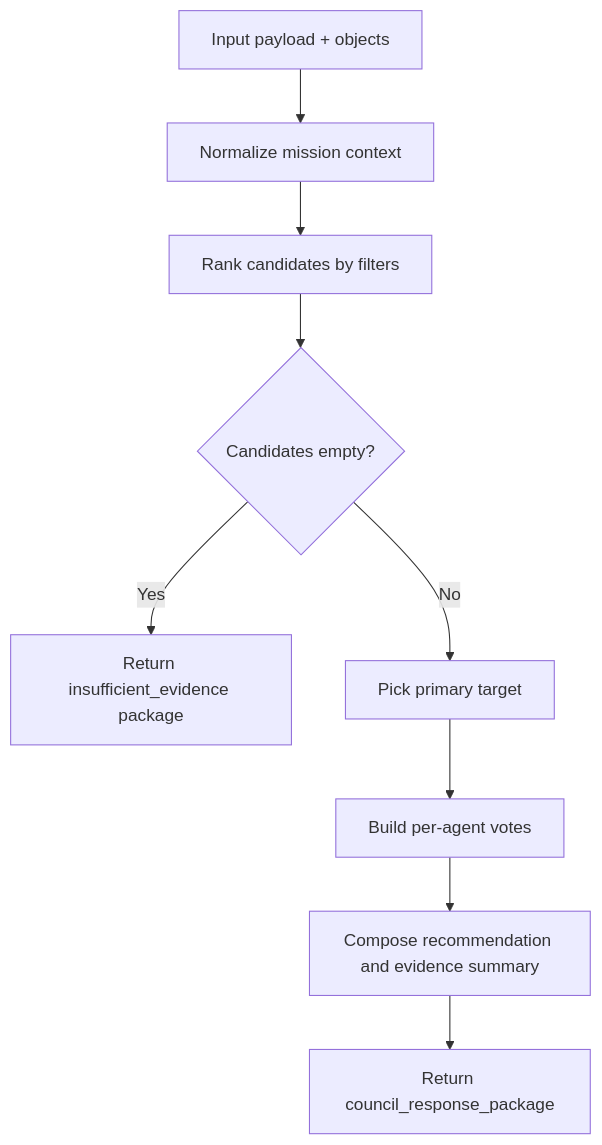
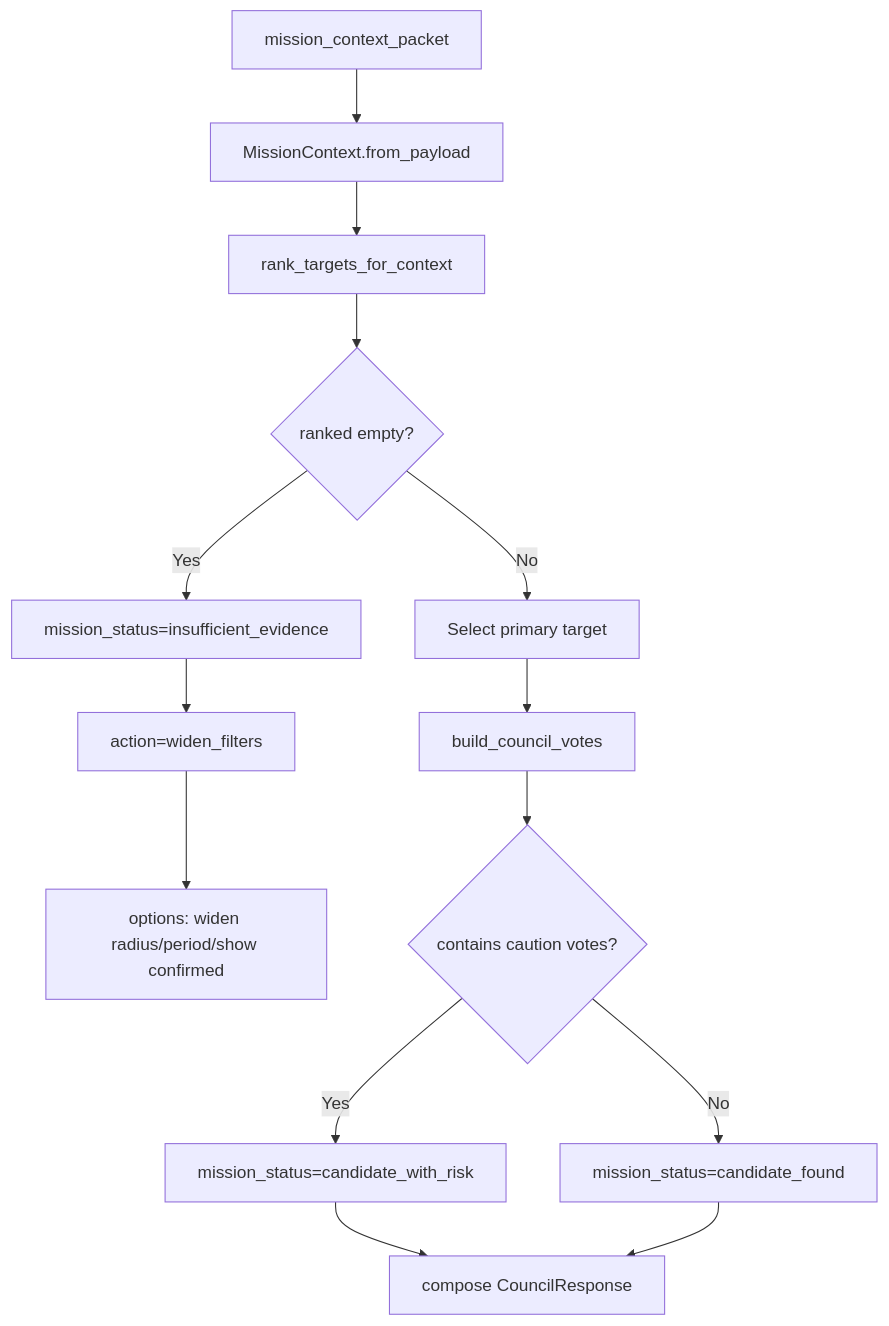
The second of 2 diagrams in triet.md/SYSTEM_PIPELINE.md (Procoderdata/hackathonvodich), drawn with Mermaid before and after one commit. The commit also changed other lines of this file and 3 other files, not shown here.

Commit message:
Rewrite pipeline and architecture specs with real contracts and flows

````diff
--- a/triet.md/SYSTEM_PIPELINE.md
+++ b/triet.md/SYSTEM_PIPELINE.md
@@ -67,11 +152,18 @@
 ```mermaid
 flowchart TD
-    A[Input payload + objects] --> B[Normalize mission context]
-    B --> C[Rank candidates by filters]
-    C --> D{Candidates empty?}
-    D -->|Yes| E[Return insufficient_evidence package]
-    D -->|No| F[Pick primary target]
-    F --> G[Build per-agent votes]
-    G --> H[Compose recommendation and evidence summary]
-    H --> I[Return council_response_package]
+    B1[mission_context_packet] --> B2[MissionContext.from_payload]
+    B2 --> B3[rank_targets_for_context]
+    B3 --> B4{ranked empty?}
+
+    B4 -->|Yes| E1[mission_status=insufficient_evidence]
+    E1 --> E2[action=widen_filters]
+    E2 --> E3[options: widen radius/period/show confirmed]
+
+    B4 -->|No| C1[Select primary target]
+    C1 --> C2[build_council_votes]
+    C2 --> C3{contains caution votes?}
+    C3 -->|Yes| C4[mission_status=candidate_with_risk]
+    C3 -->|No| C5[mission_status=candidate_found]
+    C4 --> C6[compose CouncilResponse]
+    C5 --> C6
 ```
````
